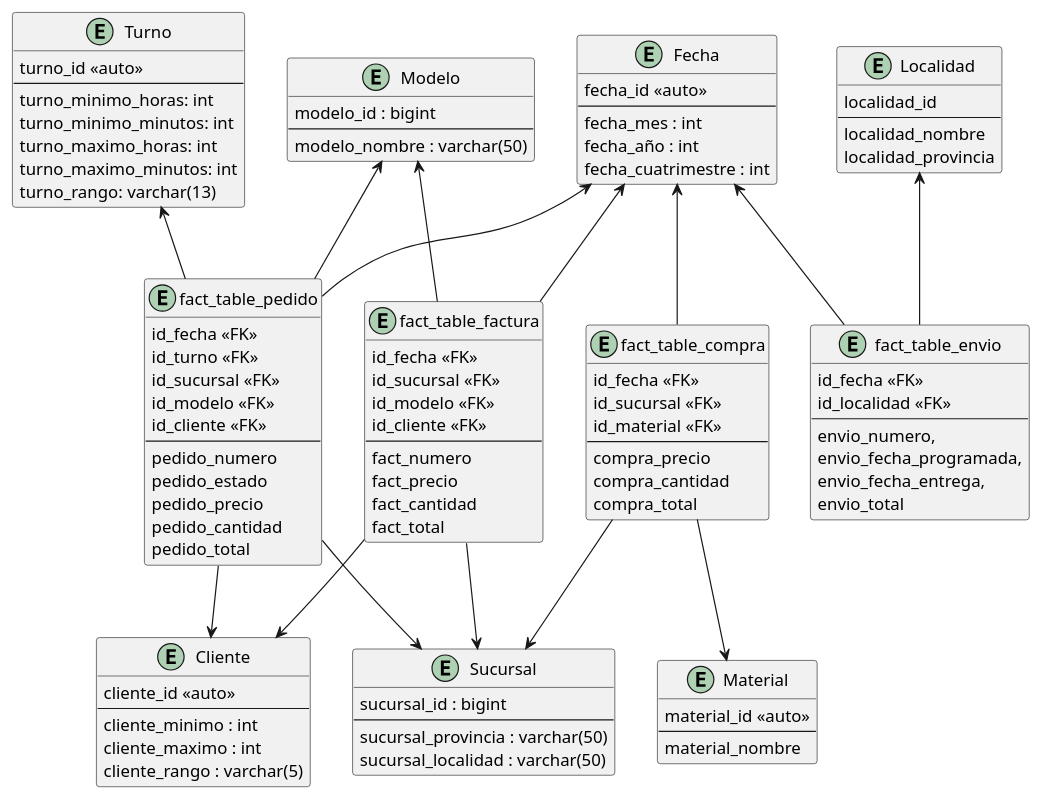
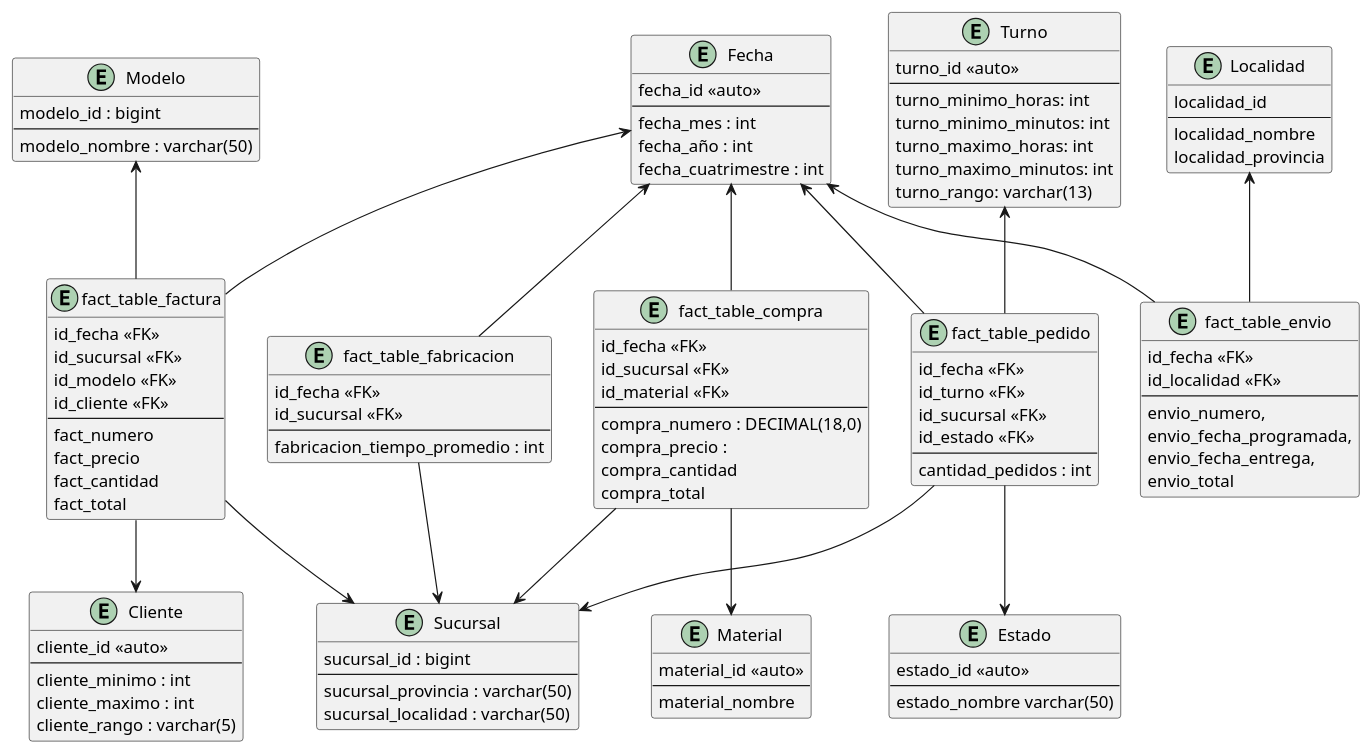
The diagram in BI.puml (JuanManuelRama/BasesDeDatos), drawn with PlantUML before and after one commit. The commit also changed 1 other file, not shown here.

```diff
--- a/BI.puml
+++ b/BI.puml
@@ -1,123 +1,136 @@
 @startuml BI
 hide methods
 
 entity Sucursal {
     sucursal_id : bigint
     --
     sucursal_provincia : varchar(50)
     sucursal_localidad : varchar(50)
 }
 
 entity Cliente {
     cliente_id <<auto>>
     --
     cliente_minimo : int
     cliente_maximo : int
     cliente_rango : varchar(5)
 }
 
 entity Modelo {
     modelo_id : bigint
     --
     modelo_nombre : varchar(50)
 }
 
 entity Fecha {
     fecha_id <<auto>>
     --
     fecha_mes : int
     fecha_año : int
     fecha_cuatrimestre : int
 }
 
 entity Material {
     material_id <<auto>>
     --
     material_nombre
 }
 
 entity Turno {
     turno_id <<auto>>
     --
     turno_minimo_horas: int
     turno_minimo_minutos: int
     turno_maximo_horas: int
     turno_maximo_minutos: int
     turno_rango: varchar(13)
 }
 
 entity Localidad {
-    localidad_id
+    localidad_id 
     --
     localidad_nombre
     localidad_provincia
+}
+
+entity Estado {
+    estado_id <<auto>>
+    --
+    estado_nombre varchar(50)
 }
 
 entity fact_table_factura {
     id_fecha <<FK>>
     id_sucursal <<FK>>
     id_modelo <<FK>>
     id_cliente <<FK>>
     --
     fact_numero
     fact_precio
     fact_cantidad
     fact_total
 }
 
 entity fact_table_compra {
     id_fecha <<FK>>
     id_sucursal <<FK>>
     id_material <<FK>>
     --
-    compra_precio
+    compra_numero : DECIMAL(18,0)
+    compra_precio :
     compra_cantidad
     compra_total
 }
 
 entity fact_table_pedido {
     id_fecha <<FK>>
     id_turno <<FK>>
     id_sucursal <<FK>>
-    id_modelo <<FK>>
-    id_cliente <<FK>>
+    id_estado <<FK>>
     --
-    pedido_numero
-    pedido_estado
-    pedido_precio
-    pedido_cantidad
-    pedido_total
+    cantidad_pedidos : int
 }
 
 entity fact_table_envio {
     id_fecha <<FK>>
     id_localidad <<FK>>
     --
 	envio_numero,
 	envio_fecha_programada,
 	envio_fecha_entrega,
 	envio_total 
 }
 
+entity fact_table_fabricacion {
+    id_fecha <<FK>>
+    id_sucursal <<FK>>
+    --
+    fabricacion_tiempo_promedio : int
+}
+
 
 fact_table_factura --> Cliente
 fact_table_factura --> Sucursal
 Fecha <-- fact_table_factura
 Modelo <-- fact_table_factura
 
 Fecha <-- fact_table_compra
 fact_table_compra --> Sucursal
 fact_table_compra --> Material
 
-fact_table_pedido --> Cliente
 fact_table_pedido --> Sucursal
+fact_table_pedido --> Estado
 Fecha <-- fact_table_pedido
-Modelo <-- fact_table_pedido
 Turno <-- fact_table_pedido
+
+Fecha <-- fact_table_fabricacion
+fact_table_fabricacion --> Sucursal
+
+
 
 
 
 Fecha <-- fact_table_envio
 Localidad <-- fact_table_envio
 
 @enduml
```
